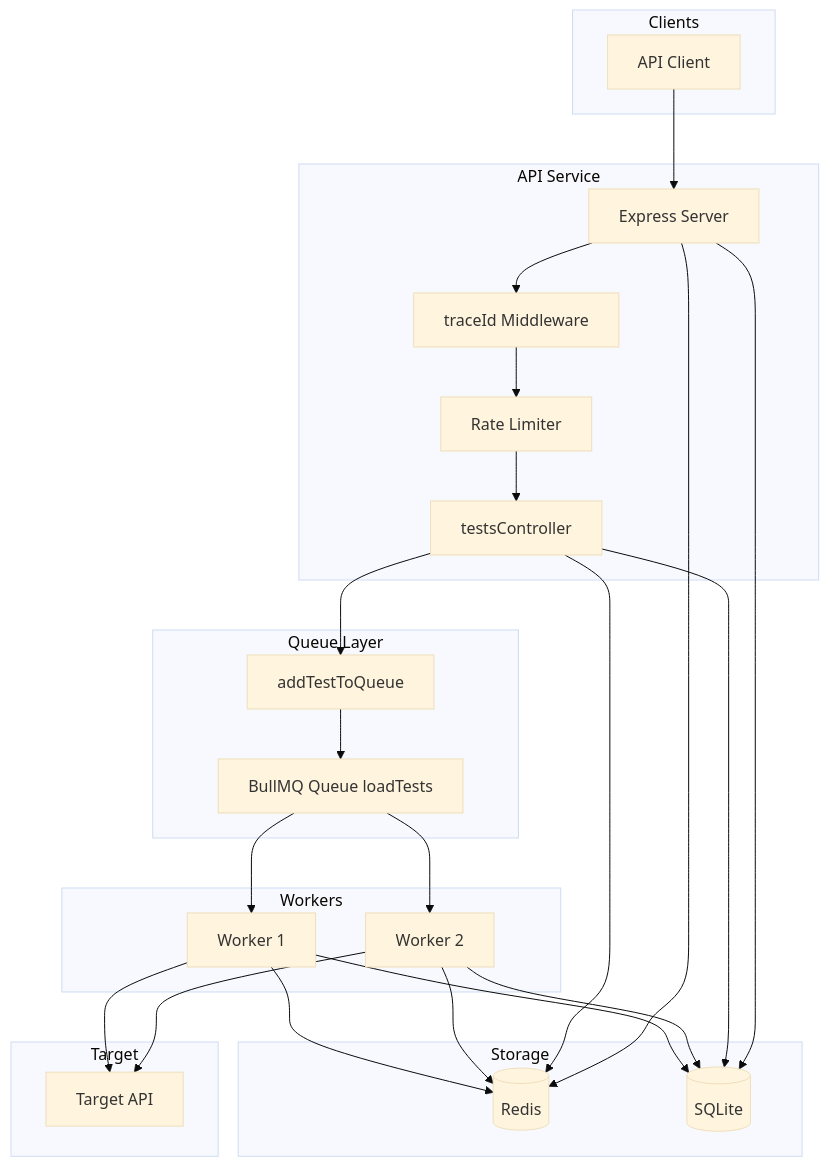
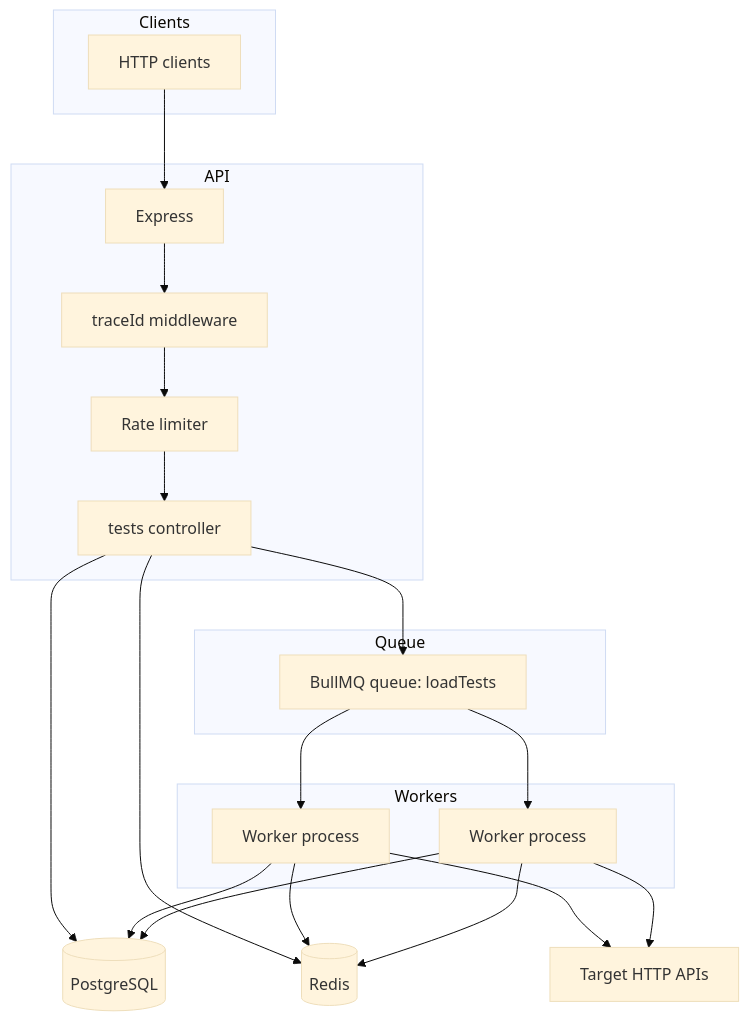
The first of 2 diagrams in README.md (ashu6783/http-load-orchestrator), drawn with Mermaid (base theme) before and after one commit. The commit also changed other lines of this file, not shown here.

````diff
--- a/README.md
+++ b/README.md
@@ -34,51 +78,40 @@
 ```mermaid
 flowchart TB
   subgraph clients [Clients]
-    API_Client[API Client]
+    C[HTTP clients]
   end
 
-  subgraph api [API Service]
-    Express[Express Server]
-    TraceMiddleware[traceId Middleware]
-    TestsController[testsController]
-    RateLimiter[Rate Limiter]
-    Express --> TraceMiddleware
-    TraceMiddleware --> RateLimiter
-    RateLimiter --> TestsController
+  subgraph api [API]
+    E[Express]
+    T[traceId middleware]
+    RL[Rate limiter]
+    Ctrl[tests controller]
+    E --> T --> RL --> Ctrl
   end
 
-  subgraph queue [Queue Layer]
-    BullMQ[BullMQ Queue loadTests]
-    addTestToQueue[addTestToQueue]
-    TestsController --> addTestToQueue
-    addTestToQueue --> BullMQ
+  subgraph queue [Queue]
+    Q[BullMQ queue: loadTests]
   end
 
   subgraph workers [Workers]
-    Worker1[Worker 1]
-    Worker2[Worker 2]
+    W1[Worker process]
+    W2[Worker process]
   end
 
-  subgraph storage [Storage]
-    Redis[(Redis)]
-    SQLite[(SQLite)]
-  end
+  Redis[(Redis)]
+  PG[(PostgreSQL)]
+  Target[Target HTTP APIs]
 
-  subgraph target [Target]
-    TargetAPI[Target API]
-  end
-
-  API_Client --> Express
-  BullMQ --> Worker1
-  BullMQ --> Worker2
-  Worker1 --> Redis
-  Worker1 --> SQLite
-  Worker1 --> TargetAPI
-  Worker2 --> Redis
-  Worker2 --> SQLite
-  Worker2 --> TargetAPI
-  TestsController --> Redis
-  TestsController --> SQLite
-  Express --> Redis
-  Express --> SQLite
+  C --> E
+  Ctrl --> PG
+  Ctrl --> Redis
+  Ctrl --> Q
+  Q --> W1
+  Q --> W2
+  W1 --> Redis
+  W1 --> PG
+  W1 --> Target
+  W2 --> Redis
+  W2 --> PG
+  W2 --> Target
 ```
````
